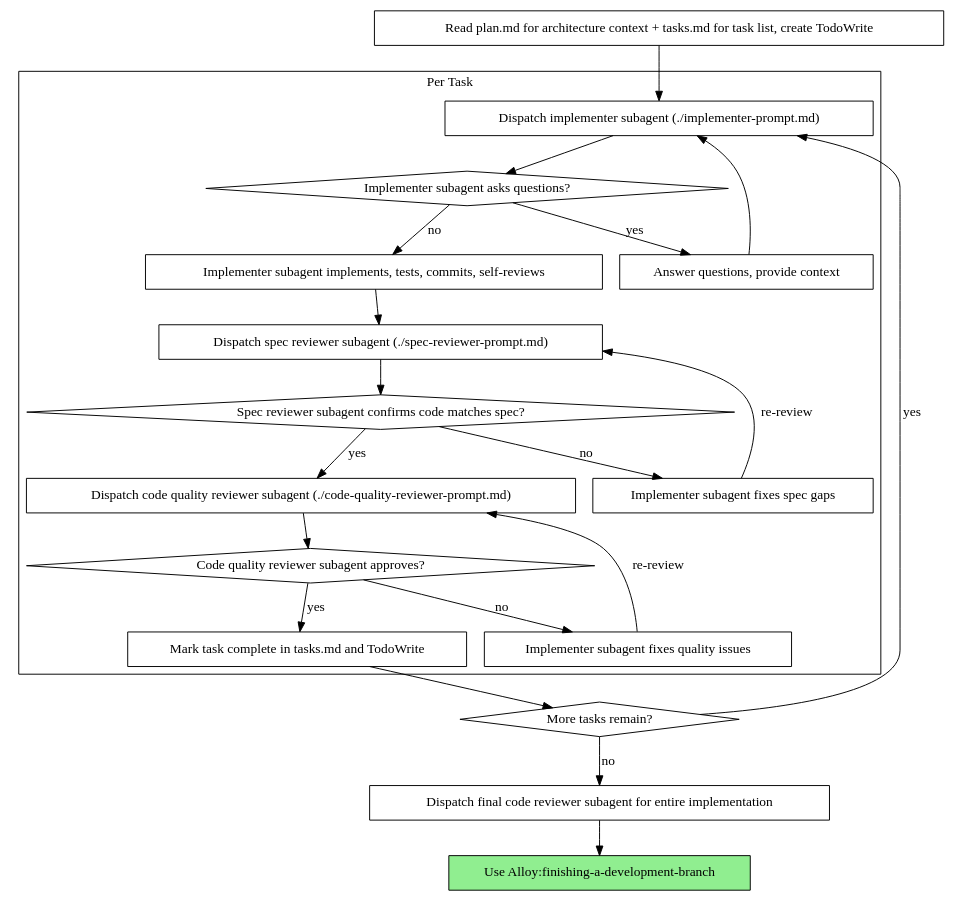
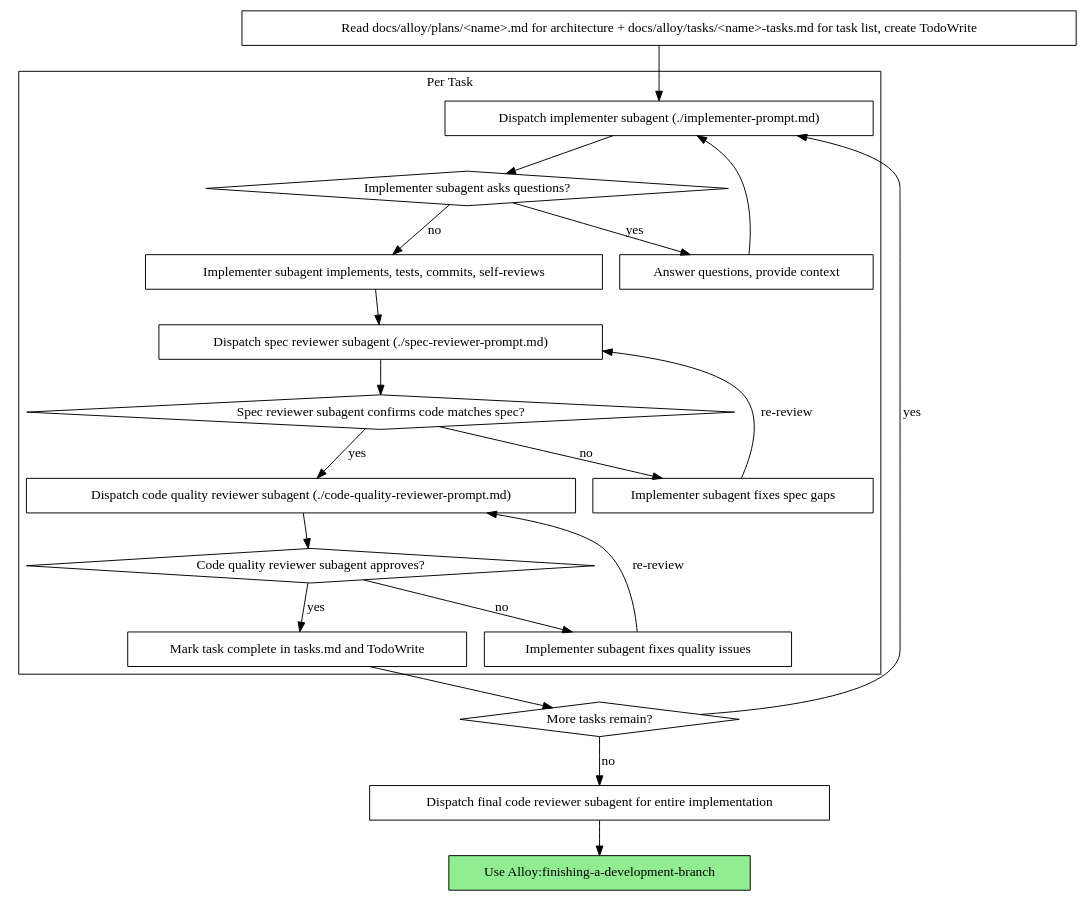
Before and after one commit to zhoupihua/rein: the second of 2 diagrams in skills/subagent-driven-development/SKILL.md, drawn with Graphviz. The commit also changed other lines of this file and 11 other files, not shown here.

````diff
--- a/skills/subagent-driven-development/SKILL.md
+++ b/skills/subagent-driven-development/SKILL.md
@@ -42,44 +42,44 @@
 ```dot
 digraph process {
     rankdir=TB;
 
     subgraph cluster_per_task {
         label="Per Task";
         "Dispatch implementer subagent (./implementer-prompt.md)" [shape=box];
         "Implementer subagent asks questions?" [shape=diamond];
         "Answer questions, provide context" [shape=box];
         "Implementer subagent implements, tests, commits, self-reviews" [shape=box];
         "Dispatch spec reviewer subagent (./spec-reviewer-prompt.md)" [shape=box];
         "Spec reviewer subagent confirms code matches spec?" [shape=diamond];
         "Implementer subagent fixes spec gaps" [shape=box];
         "Dispatch code quality reviewer subagent (./code-quality-reviewer-prompt.md)" [shape=box];
         "Code quality reviewer subagent approves?" [shape=diamond];
         "Implementer subagent fixes quality issues" [shape=box];
         "Mark task complete in tasks.md and TodoWrite" [shape=box];
     }
 
-    "Read plan.md for architecture context + tasks.md for task list, create TodoWrite" [shape=box];
+    "Read docs/alloy/plans/<name>.md for architecture + docs/alloy/tasks/<name>-tasks.md for task list, create TodoWrite" [shape=box];
     "More tasks remain?" [shape=diamond];
     "Dispatch final code reviewer subagent for entire implementation" [shape=box];
     "Use Alloy:finishing-a-development-branch" [shape=box style=filled fillcolor=lightgreen];
 
-    "Read plan.md for architecture context + tasks.md for task list, create TodoWrite" -> "Dispatch implementer subagent (./implementer-prompt.md)";
+    "Read docs/alloy/plans/<name>.md for architecture + docs/alloy/tasks/<name>-tasks.md for task list, create TodoWrite" -> "Dispatch implementer subagent (./implementer-prompt.md)";
     "Dispatch implementer subagent (./implementer-prompt.md)" -> "Implementer subagent asks questions?";
     "Implementer subagent asks questions?" -> "Answer questions, provide context" [label="yes"];
     "Answer questions, provide context" -> "Dispatch implementer subagent (./implementer-prompt.md)";
     "Implementer subagent asks questions?" -> "Implementer subagent implements, tests, commits, self-reviews" [label="no"];
     "Implementer subagent implements, tests, commits, self-reviews" -> "Dispatch spec reviewer subagent (./spec-reviewer-prompt.md)";
     "Dispatch spec reviewer subagent (./spec-reviewer-prompt.md)" -> "Spec reviewer subagent confirms code matches spec?";
     "Spec reviewer subagent confirms code matches spec?" -> "Implementer subagent fixes spec gaps" [label="no"];
     "Implementer subagent fixes spec gaps" -> "Dispatch spec reviewer subagent (./spec-reviewer-prompt.md)" [label="re-review"];
     "Spec reviewer subagent confirms code matches spec?" -> "Dispatch code quality reviewer subagent (./code-quality-reviewer-prompt.md)" [label="yes"];
     "Dispatch code quality reviewer subagent (./code-quality-reviewer-prompt.md)" -> "Code quality reviewer subagent approves?";
     "Code quality reviewer subagent approves?" -> "Implementer subagent fixes quality issues" [label="no"];
     "Implementer subagent fixes quality issues" -> "Dispatch code quality reviewer subagent (./code-quality-reviewer-prompt.md)" [label="re-review"];
     "Code quality reviewer subagent approves?" -> "Mark task complete in tasks.md and TodoWrite" [label="yes"];
     "Mark task complete in tasks.md and TodoWrite" -> "More tasks remain?";
     "More tasks remain?" -> "Dispatch implementer subagent (./implementer-prompt.md)" [label="yes"];
     "More tasks remain?" -> "Dispatch final code reviewer subagent for entire implementation" [label="no"];
     "Dispatch final code reviewer subagent for entire implementation" -> "Use Alloy:finishing-a-development-branch";
 }
 ```
````
